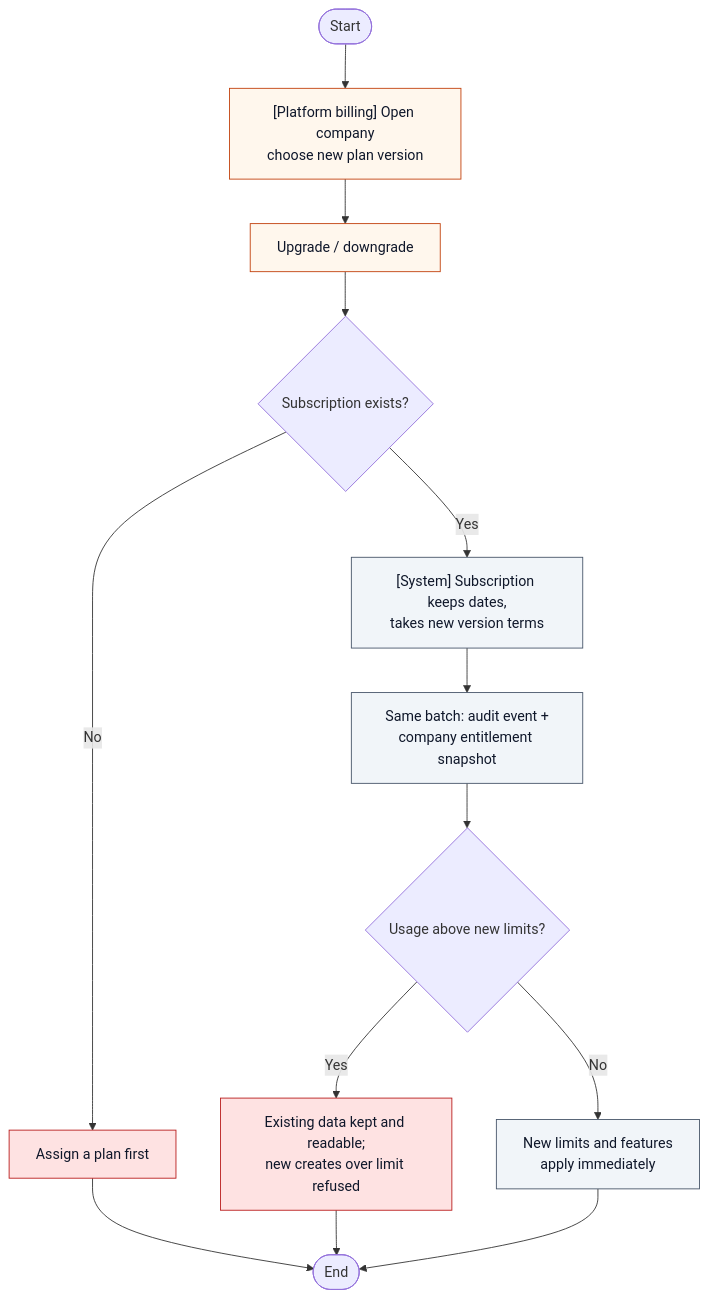
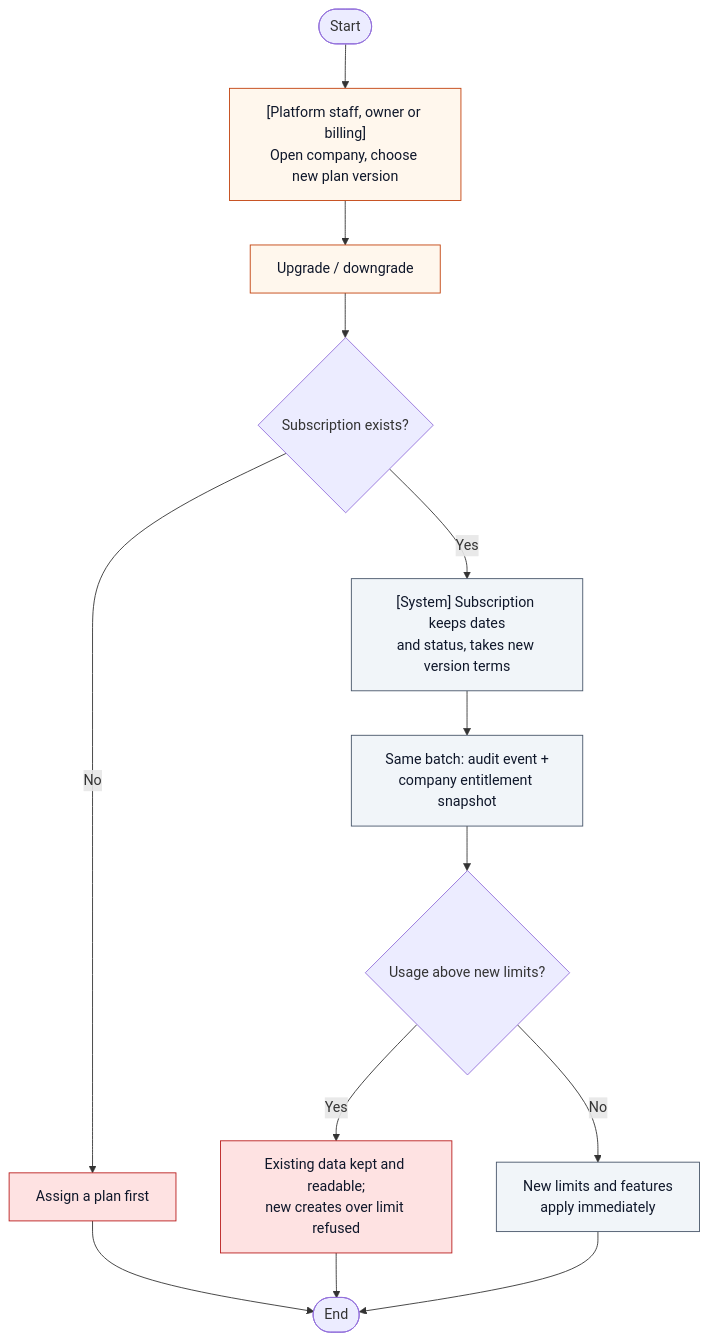
Before and after one commit to tsforcetech/FMS: the diagram in docs/help/diagrams/wf-06.mmd, drawn with Mermaid. The commit also changed 79 other files, not shown here.

First line of the commit message:
Phase 9: workflow diagrams verified against the code (37 corrected)

```diff
--- a/docs/help/diagrams/wf-06.mmd
+++ b/docs/help/diagrams/wf-06.mmd
@@ -1,21 +1,21 @@
 %% title: Plan upgrade/downgrade
 %% articles: platform.subscriptions,platform.plans,saas.plan-usage
-%% sources: packages/shared/src/saas.ts,apps/platform-web/src/store.ts,apps/platform-web/src/App.tsx
+%% sources: packages/shared/src/saas.ts,apps/platform-web/src/store.ts,apps/platform-web/src/App.tsx,apps/admin-web/src/management/usage.ts,firebase/firestore.rules
 flowchart TD
-  S([Start]) --> A["[Platform billing] Open company<br/>choose new plan version"]:::platform
+  S([Start]) --> A["[Platform staff, owner or billing]<br/>Open company, choose new plan version"]:::platform
   A --> B["Upgrade / downgrade"]:::platform
   B --> C{"Subscription exists?"}
   C -- No --> E1["Assign a plan first"]:::stop --> X([End])
-  C -- Yes --> D["[System] Subscription keeps dates,<br/>takes new version terms"]:::system
+  C -- Yes --> D["[System] Subscription keeps dates<br/>and status, takes new version terms"]:::system
   D --> F["Same batch: audit event +<br/>company entitlement snapshot"]:::system
   F --> G{"Usage above new limits?"}
   G -- Yes --> H["Existing data kept and readable;<br/>new creates over limit refused"]:::stop
   G -- No --> I["New limits and features<br/>apply immediately"]:::system
   H --> X
   I --> X
   classDef admin fill:#e8f0fe,stroke:#1d4ed8,color:#0f172a
   classDef staff fill:#ecfdf5,stroke:#047857,color:#0f172a
   classDef customer fill:#fdf4ff,stroke:#a21caf,color:#0f172a
   classDef platform fill:#fff7ed,stroke:#c2410c,color:#0f172a
   classDef system fill:#f1f5f9,stroke:#475569,color:#0f172a
   classDef stop fill:#fee2e2,stroke:#b91c1c,color:#0f172a
```
